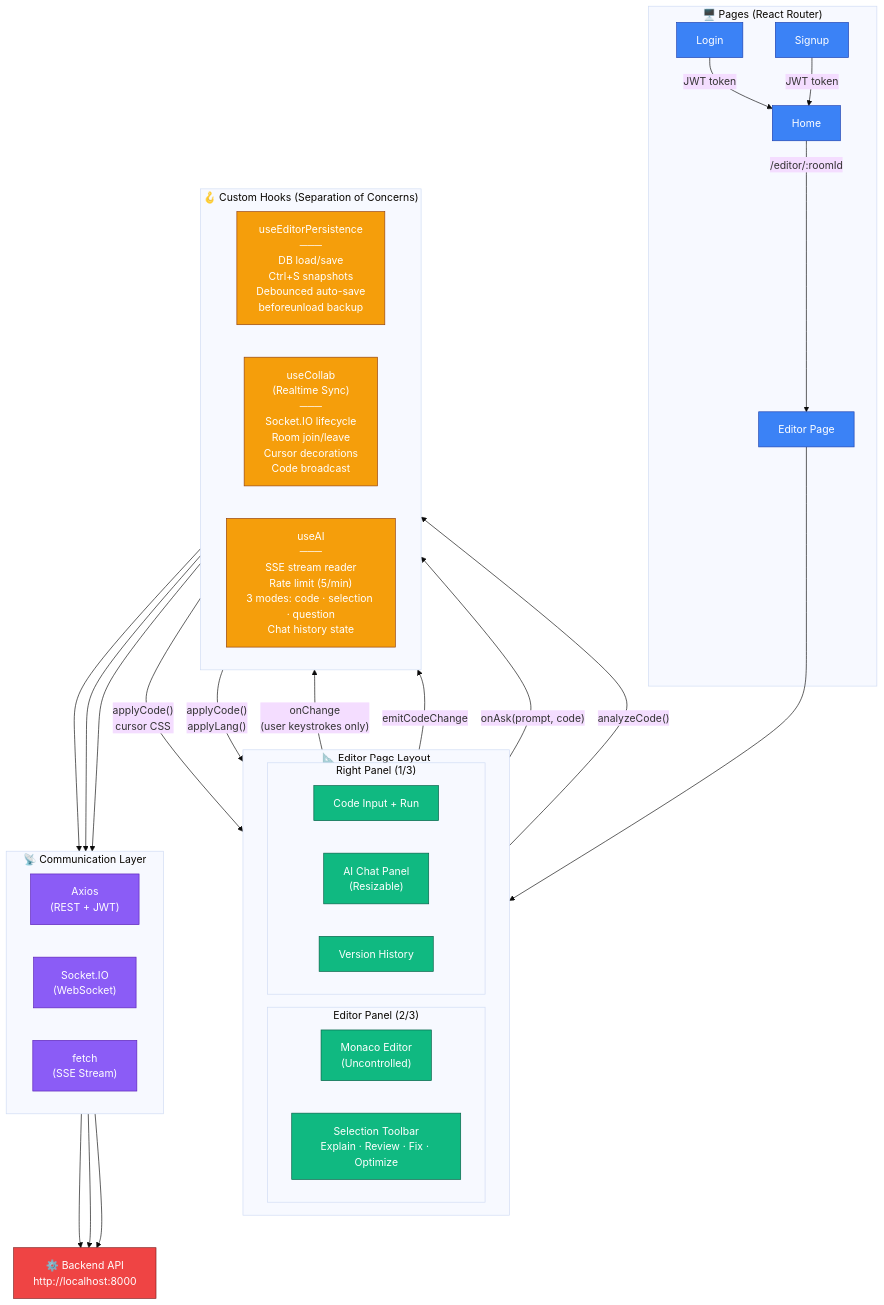
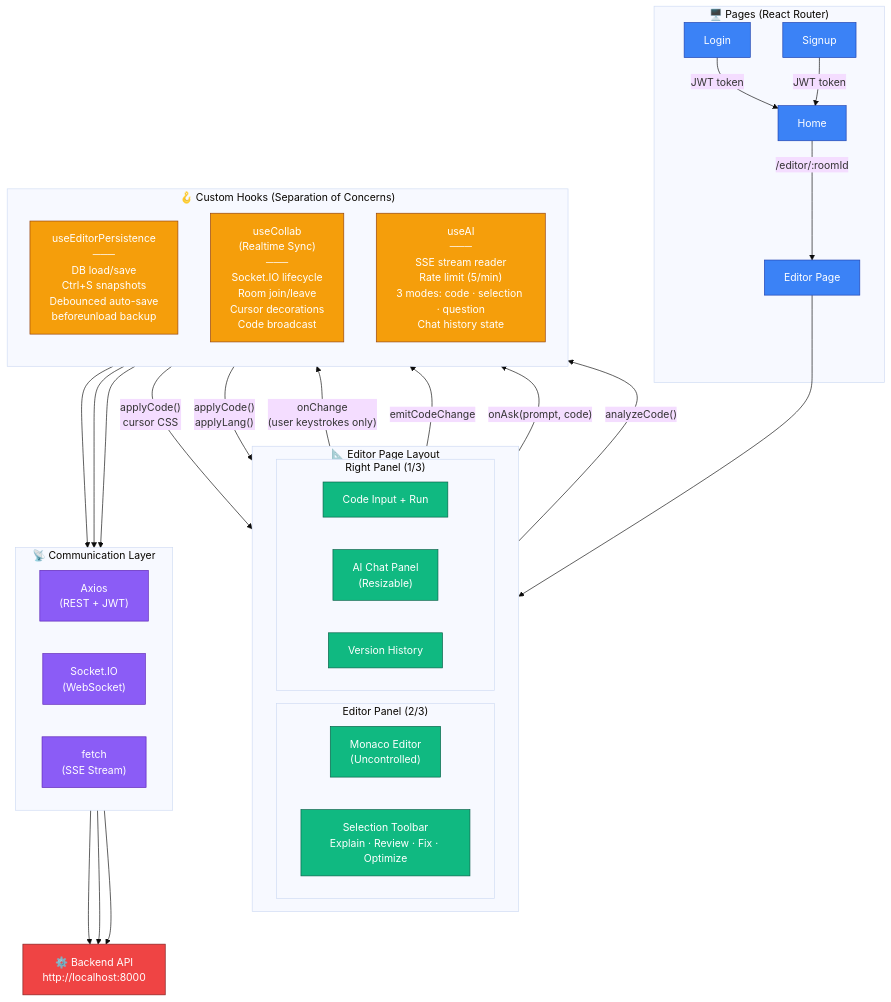
The diagram in frontend/README.md (rah7202/smart-code-lab), drawn with Mermaid before and after one commit.

Commit message:
fix: Readme file updated

````diff
--- a/frontend/README.md
+++ b/frontend/README.md
@@ -64,77 +64,77 @@
 ```mermaid
 %%{init: {'theme': 'base'}}%%
 flowchart TB
 
     subgraph Pages["🖥️ Pages (React Router)"]
         Login["Login"]
         Signup["Signup"]
         Home["Home"]
         Editor["Editor Page"]
     end
 
     Login & Signup -->|"JWT token"| Home
     Home -->|"/editor/:roomId"| Editor
 
     subgraph EditorLayout["📐 Editor Page Layout"]
         direction LR
 
         subgraph Left["Editor Panel (2/3)"]
             Monaco["Monaco Editor\n(Uncontrolled)"]
             Toolbar["Selection Toolbar\nExplain · Review · Fix · Optimize"]
         end
 
         subgraph Right["Right Panel (1/3)"]
             Input["Code Input + Run"]
             AI["AI Chat Panel\n(Resizable)"]
             Versions["Version History"]
         end
     end
 
     Editor --> EditorLayout
 
     subgraph Hooks["🪝 Custom Hooks (Separation of Concerns)"]
-        direction LR
+        direction TB
         usePersist["useEditorPersistence\n───\nDB load/save\nCtrl+S snapshots\nDebounced auto-save\nbeforeunload backup"]
 
         useCollab["useCollab\n(Realtime Sync)\n───\nSocket.IO lifecycle\nRoom join/leave\nCursor decorations\nCode broadcast"]
 
         useAI["useAI\n───\nSSE stream reader\nRate limit (5/min)\n3 modes: code · selection · question\nChat history state"]
     end
 
     Monaco -->|"onChange\n(user keystrokes only)"| usePersist
     Monaco -->|"emitCodeChange"| useCollab
     Toolbar -->|"onAsk(prompt, code)"| useAI
     Input -->|"analyzeCode()"| useAI
 
     useCollab -->|"applyCode()\ncursor CSS"| Monaco
     usePersist -->|"applyCode()\napplyLang()"| Monaco
 
     subgraph Transport["📡 Communication Layer"]
         direction LR
         Axios["Axios\n(REST + JWT)"]
         Socket["Socket.IO\n(WebSocket)"]
         SSE["fetch\n(SSE Stream)"]
     end
 
     usePersist --> Axios
     useCollab --> Socket
     useAI --> SSE
 
     Backend["⚙️ Backend API\nhttp://localhost:8000"]
 
     Axios & Socket & SSE --> Backend
 
     %% 🎨 CLASS DEFINITIONS
     classDef pages fill:#3b82f6,stroke:#1e40af,color:#fff
     classDef layout fill:#10b981,stroke:#065f46,color:#fff
     classDef hooks fill:#f59e0b,stroke:#92400e,color:#fff
     classDef transport fill:#8b5cf6,stroke:#5b21b6,color:#fff
     classDef backend fill:#ef4444,stroke:#7f1d1d,color:#fff
 
     %% 🎯 APPLY CLASSES
     class Login,Signup,Home,Editor pages
     class Monaco,Toolbar,Input,AI,Versions layout
     class usePersist,useCollab,useAI hooks
     class Axios,Socket,SSE transport
     class Backend backend
 ```
````
